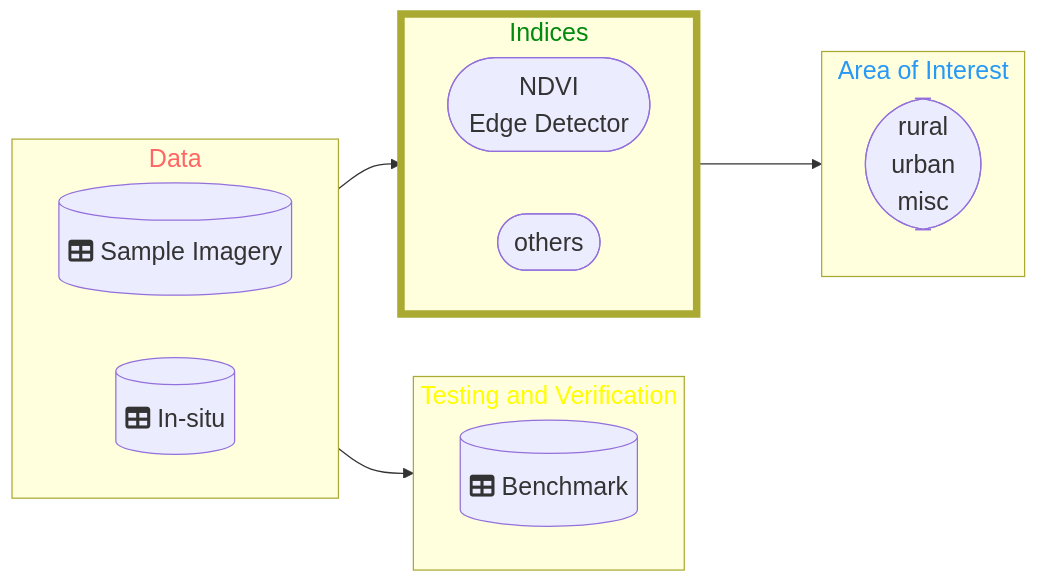
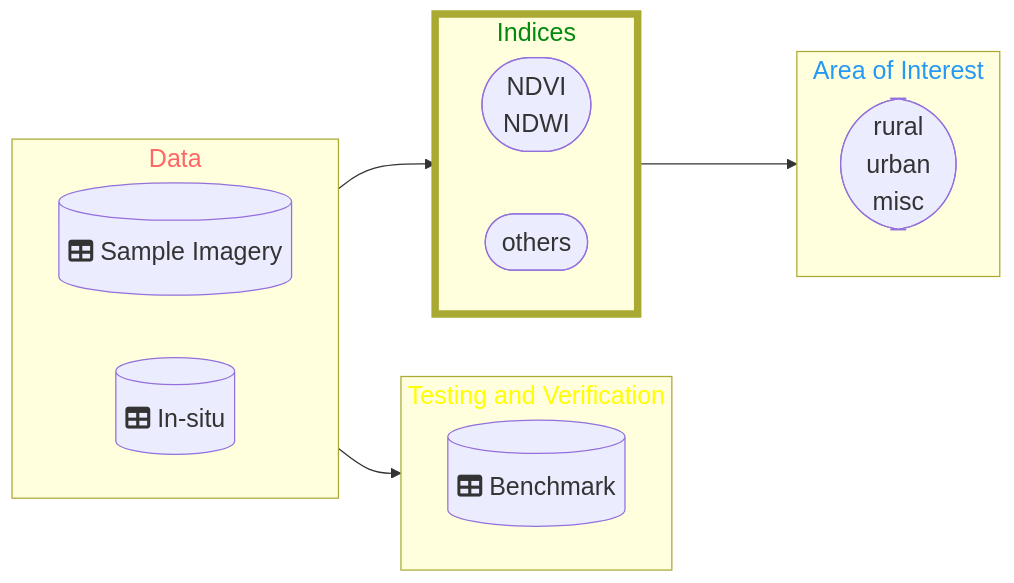
The diagram in Area-Features/README.md (DippoldEJ/Feature-Detection-and-Explanation), drawn with Mermaid before and after one commit.

````diff
--- a/Area-Features/README.md
+++ b/Area-Features/README.md
@@ -14,39 +14,39 @@
 ```mermaid
 flowchart LR;
 %%{init: {
 	'themeVariables': { 'fontSize': '20px', 'fontFamily': 'Didot'}
 	}
 }%%
 
  subgraph n[Data]
         direction LR
         h[(fa:fa-table Sample Imagery)]
 		s[(fa:fa-table In-situ)]
     end
 
  subgraph q[Testing and Verification]
         direction LR
         r[(fa:fa-table Benchmark)]
     end
 
  subgraph o[Indices]
         direction LR
-        j([NDVI <br /> Edge Detector])
+        j([NDVI <br /> NDWI])
         m([others])
     end
 
 subgraph p[Area of Interest]
     a([rural <br /> urban  <br />  misc])
     end
 
 style n color:#f66
 style o stroke-width:6px
 style o color:#028A0F
 style p color:#2798F5
 style q color:#FFFF00
 
 n-->o
 o-->p
 n-->q
 
 ```
````
